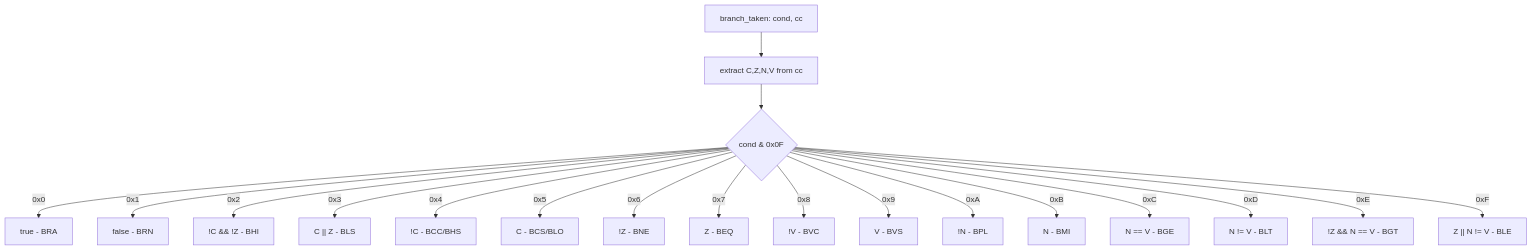
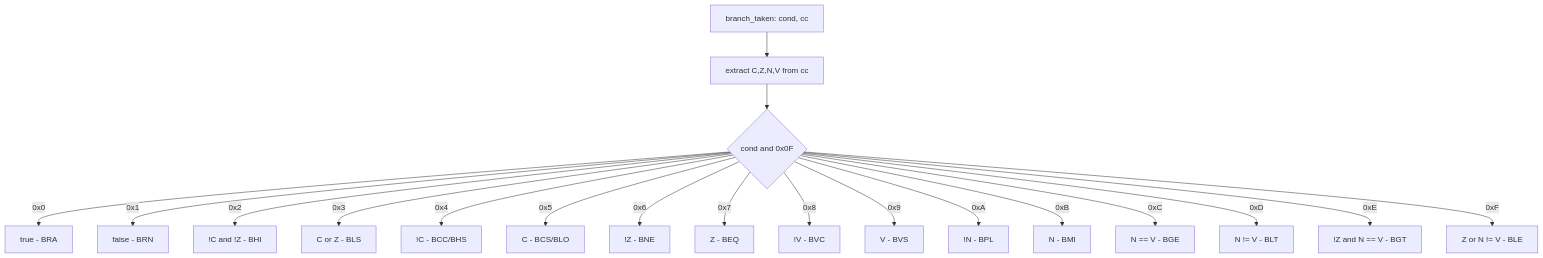
Before and after one commit to sperano/cocovm: the fifth of 12 diagrams in crates/mc6809/diagrams.md, drawn with Mermaid. The commit also changed other lines of this file, not shown here.

First line of the commit message:
fix: remove parens and operators from mermaid node labels

````diff
--- a/crates/mc6809/diagrams.md
+++ b/crates/mc6809/diagrams.md
@@ -181,21 +181,21 @@
 ```mermaid
 flowchart TD
     BT[branch_taken: cond, cc] --> EX[extract C,Z,N,V from cc]
-    EX --> SW{"cond &amp; 0x0F"}
+    EX --> SW{cond and 0x0F}
     SW -- 0x0 --> T[true - BRA]
     SW -- 0x1 --> F[false - BRN]
-    SW -- 0x2 --> H["!C &amp;&amp; !Z - BHI"]
-    SW -- 0x3 --> LS["C || Z - BLS"]
+    SW -- 0x2 --> H[!C and !Z - BHI]
+    SW -- 0x3 --> LS[C or Z - BLS]
     SW -- 0x4 --> CC[!C - BCC/BHS]
     SW -- 0x5 --> CS[C - BCS/BLO]
     SW -- 0x6 --> NE[!Z - BNE]
     SW -- 0x7 --> EQ[Z - BEQ]
     SW -- 0x8 --> VC[!V - BVC]
     SW -- 0x9 --> VS[V - BVS]
     SW -- 0xA --> PL[!N - BPL]
     SW -- 0xB --> MI[N - BMI]
     SW -- 0xC --> GE[N == V - BGE]
     SW -- 0xD --> LT[N != V - BLT]
-    SW -- 0xE --> GT["!Z &amp;&amp; N == V - BGT"]
-    SW -- 0xF --> LE["Z || N != V - BLE"]
+    SW -- 0xE --> GT[!Z and N == V - BGT]
+    SW -- 0xF --> LE[Z or N != V - BLE]
 ```
````
